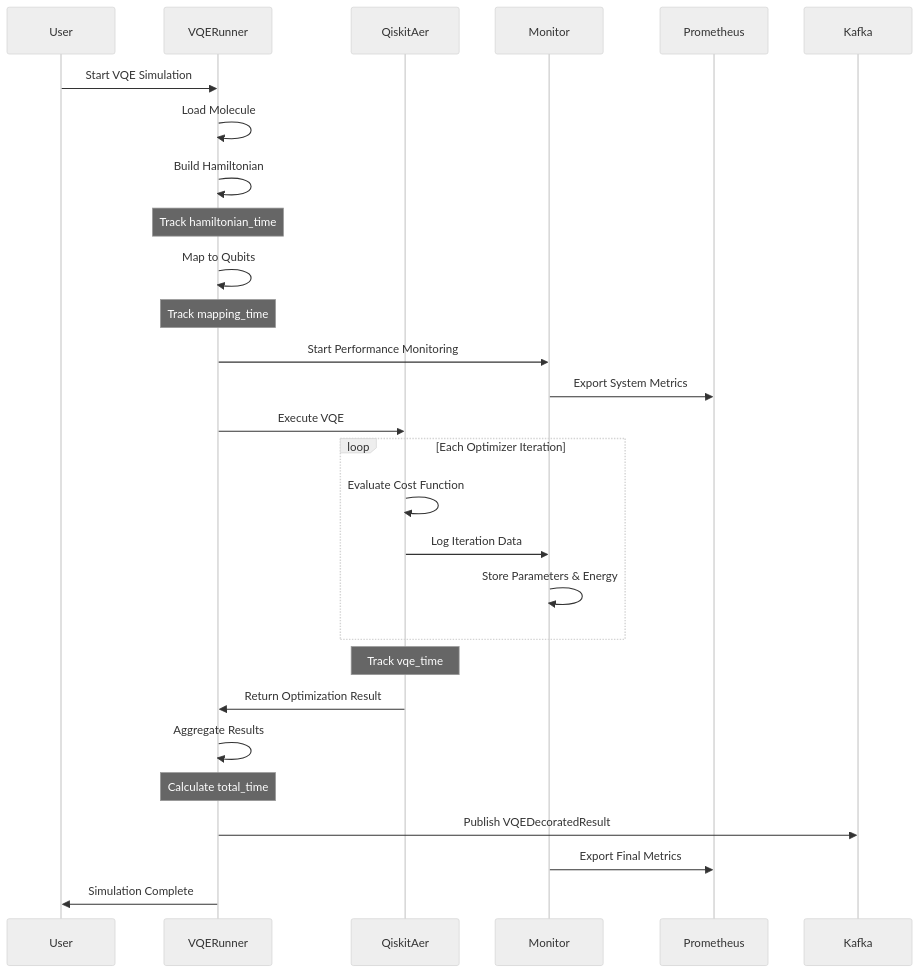
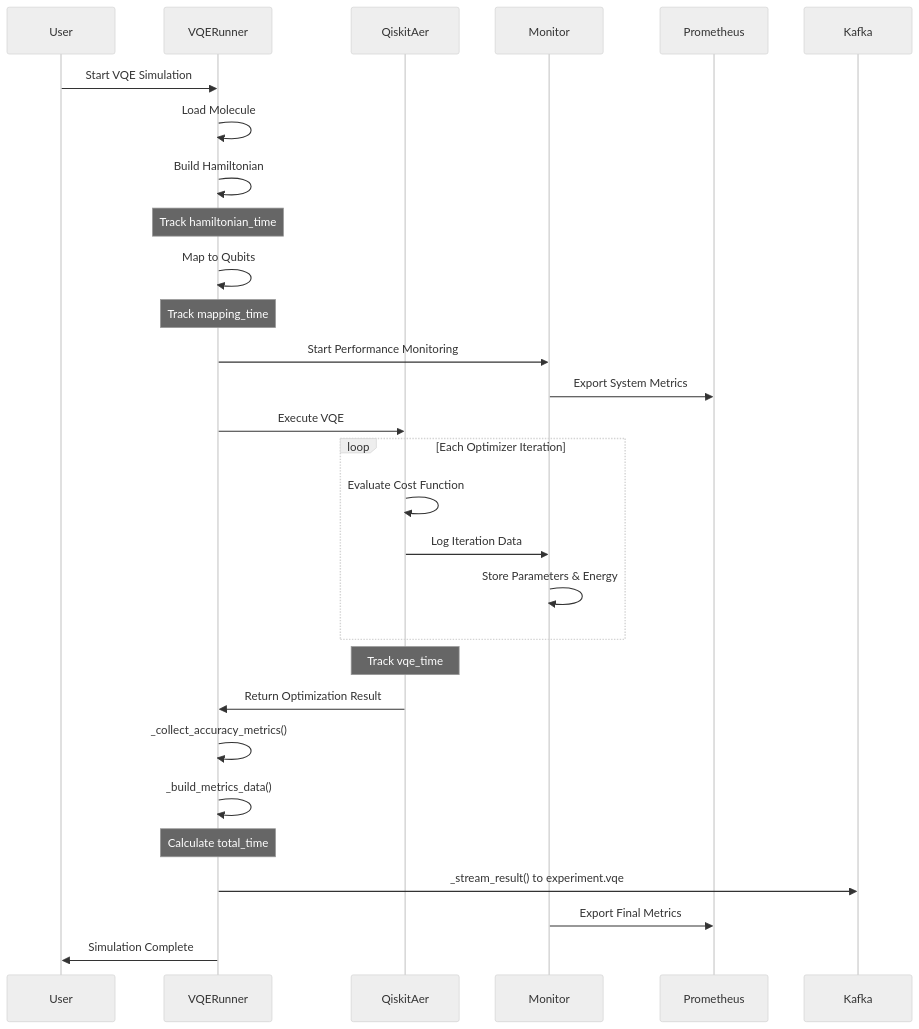
One commit to straightchlorine/quantum-pipeline changed the first of 7 diagrams in docs/architecture/system-design.md. Above: the diagram before and after it, drawn with Mermaid (neutral theme). The commit also changed other lines of this file and 146 other files, not shown here.

````diff
--- a/docs/architecture/system-design.md
+++ b/docs/architecture/system-design.md
@@ -50,36 +20,37 @@
 ```mermaid
 sequenceDiagram
     participant User
     participant VQERunner
     participant QiskitAer
     participant Monitor
     participant Prometheus
     participant Kafka
 
     User->>VQERunner: Start VQE Simulation
     VQERunner->>VQERunner: Load Molecule
     VQERunner->>VQERunner: Build Hamiltonian
     Note over VQERunner: Track hamiltonian_time
 
     VQERunner->>VQERunner: Map to Qubits
     Note over VQERunner: Track mapping_time
 
     VQERunner->>Monitor: Start Performance Monitoring
     Monitor->>Prometheus: Export System Metrics
 
     VQERunner->>QiskitAer: Execute VQE
     loop Each Optimizer Iteration
         QiskitAer->>QiskitAer: Evaluate Cost Function
         QiskitAer->>Monitor: Log Iteration Data
         Monitor->>Monitor: Store Parameters & Energy
     end
     Note over QiskitAer: Track vqe_time
 
     QiskitAer->>VQERunner: Return Optimization Result
-    VQERunner->>VQERunner: Aggregate Results
+    VQERunner->>VQERunner: _collect_accuracy_metrics()
+    VQERunner->>VQERunner: _build_metrics_data()
     Note over VQERunner: Calculate total_time
 
-    VQERunner->>Kafka: Publish VQEDecoratedResult
+    VQERunner->>Kafka: _stream_result() to experiment.vqe
     Monitor->>Prometheus: Export Final Metrics
     VQERunner->>User: Simulation Complete
 ```
````
